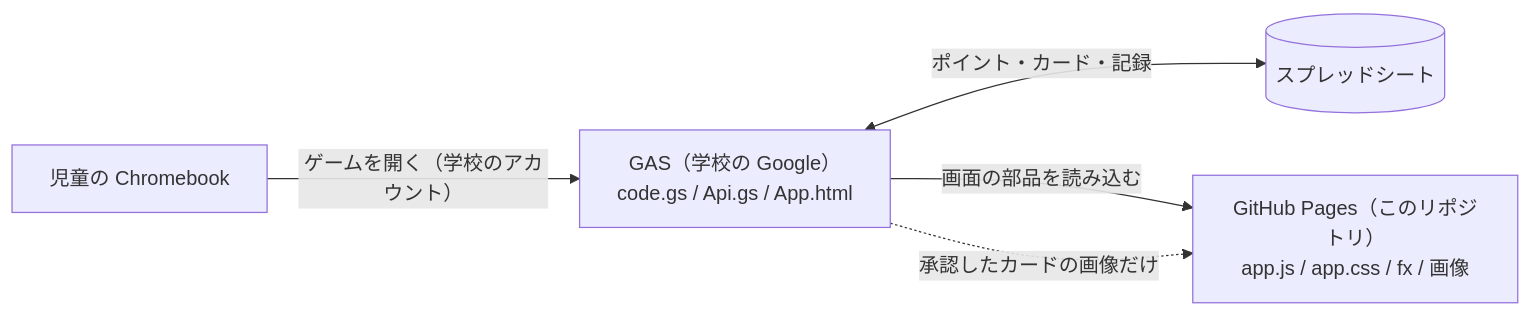
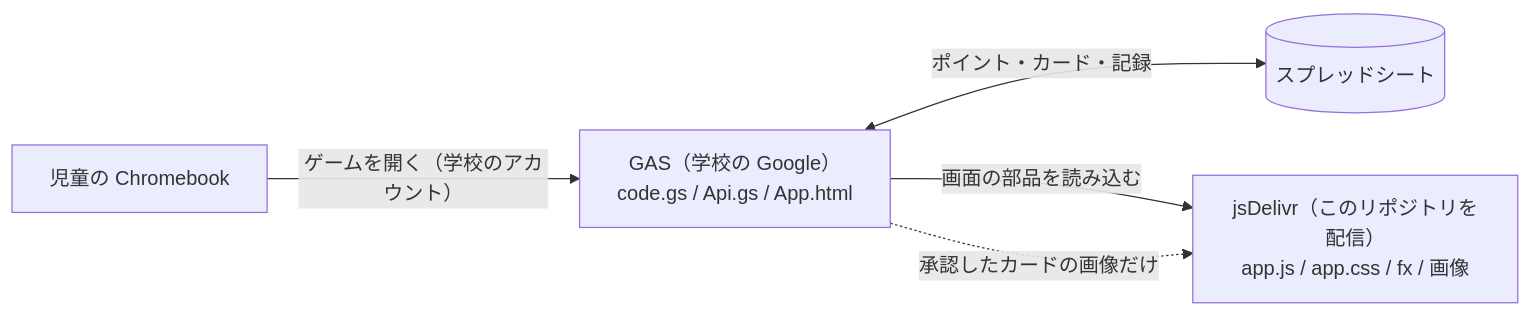
The diagram in README.md (masaschool0106/kanji-yaiba-app), drawn with Mermaid before and after one commit. The commit also changed other lines of this file and 3 other files, not shown here.

````diff
--- a/README.md
+++ b/README.md
@@ -24,7 +25,7 @@
 ```mermaid
 flowchart LR
   kid["児童の Chromebook"] -->|"ゲームを開く（学校のアカウント）"| gas["GAS（学校の Google）<br>code.gs / Api.gs / App.html"]
   gas <-->|"ポイント・カード・記録"| sheet[("スプレッドシート")]
-  gas -->|"画面の部品を読み込む"| pages["GitHub Pages（このリポジトリ）<br>app.js / app.css / fx / 画像"]
+  gas -->|"画面の部品を読み込む"| pages["jsDelivr（このリポジトリを配信）<br>app.js / app.css / fx / 画像"]
   gas -.->|"承認したカードの画像だけ"| pages
 ```
````
